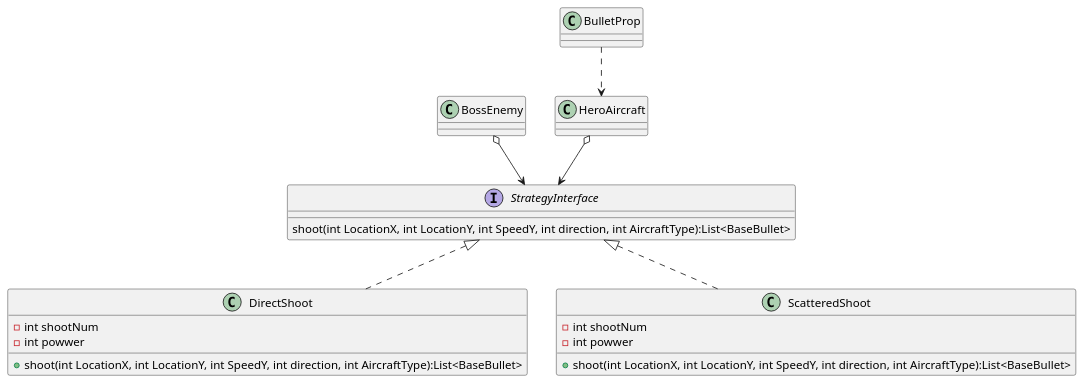
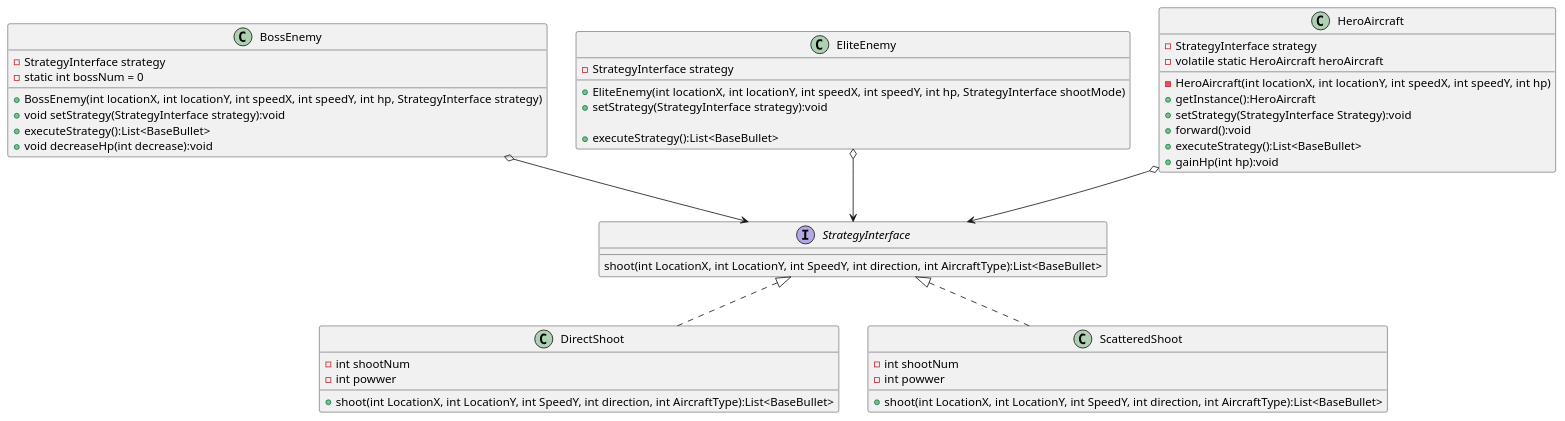
One commit to Lai-JX/java_lab changed the diagram in uml/Strategy.puml. Above: the diagram before and after it, drawn with PlantUML. The commit also changed 1 other file, not shown here.

```diff
--- a/uml/Strategy.puml
+++ b/uml/Strategy.puml
@@ -1,32 +1,67 @@
 @startuml
 'https://plantuml.com/class-diagram
 
 
 
 interface StrategyInterface
 class DirectShoot
 class ScatteredShoot
 class BossEnemy
+class EliteEnemy
 class HeroAircraft
-class BulletProp
+
 
 StrategyInterface <|.. DirectShoot
 StrategyInterface <|.. ScatteredShoot
 BossEnemy o--> StrategyInterface
+EliteEnemy o--> StrategyInterface
 HeroAircraft o--> StrategyInterface
-BulletProp ..> HeroAircraft
+
 
 interface StrategyInterface {
     shoot(int LocationX, int LocationY, int SpeedY, int direction, int AircraftType):List<BaseBullet>
 }
 class DirectShoot {
     -int shootNum
     -int powwer
     + shoot(int LocationX, int LocationY, int SpeedY, int direction, int AircraftType):List<BaseBullet>
 }
 class ScatteredShoot {
     -int shootNum
     -int powwer
     + shoot(int LocationX, int LocationY, int SpeedY, int direction, int AircraftType):List<BaseBullet>
 }
+class HeroAircraft {
+    - StrategyInterface strategy
+    - volatile static HeroAircraft heroAircraft
+    - HeroAircraft(int locationX, int locationY, int speedX, int speedY, int hp)
+    + getInstance():HeroAircraft
+    + setStrategy(StrategyInterface Strategy):void
+    + forward():void
+    + executeStrategy():List<BaseBullet>
+    + gainHp(int hp):void
+}
+class BossEnemy {
+    -StrategyInterface strategy
+    -static int bossNum = 0
+
+    + BossEnemy(int locationX, int locationY, int speedX, int speedY, int hp, StrategyInterface strategy)
+
+
+    + void setStrategy(StrategyInterface strategy):void
+    + executeStrategy():List<BaseBullet>
+
+
+    +void decreaseHp(int decrease):void
+}
+class EliteEnemy {
+        -StrategyInterface strategy
+
+        +EliteEnemy(int locationX, int locationY, int speedX, int speedY, int hp, StrategyInterface shootMode)
+
+
+        +setStrategy(StrategyInterface strategy):void
+
+        +executeStrategy():List<BaseBullet>
+}
 @enduml
```
